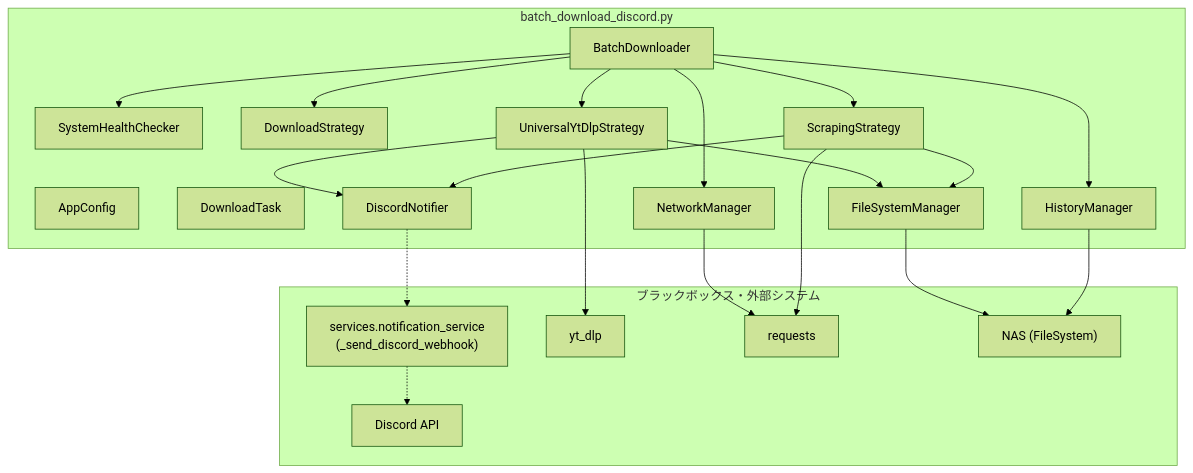
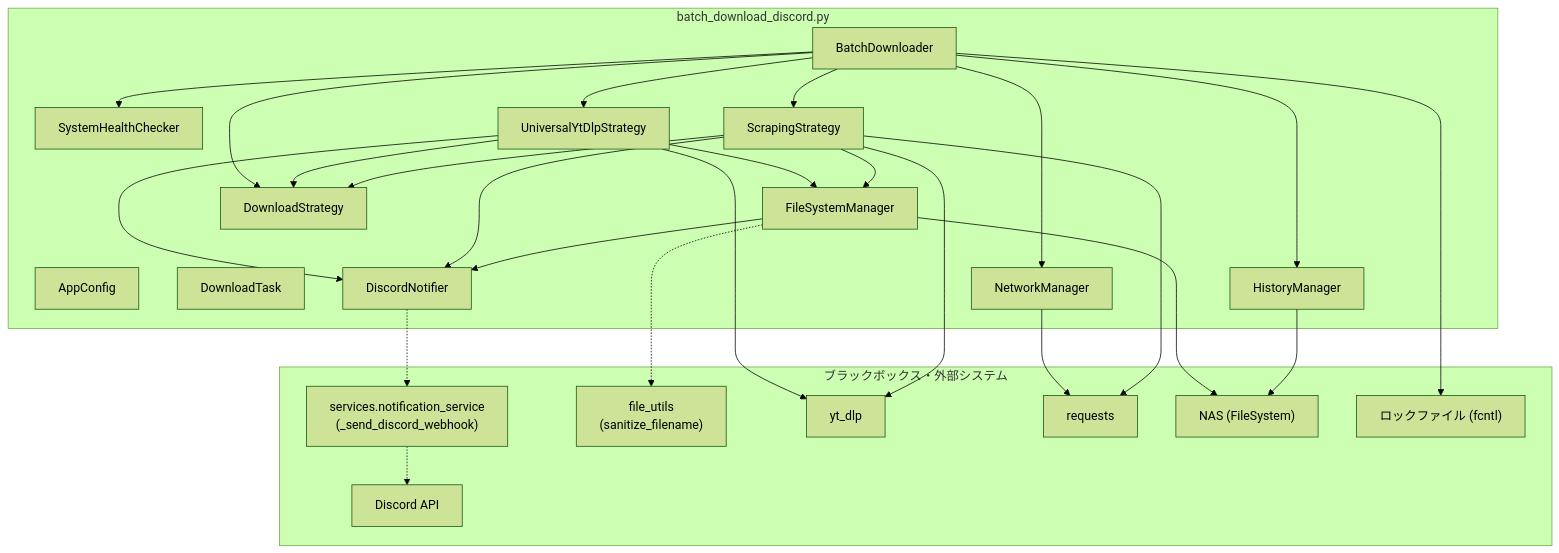
Before and after one commit to mmtigers/my_python_project: the second of 2 diagrams in docs/specifications/DDD/batch_download_discord.md, drawn with Mermaid (forest theme). The commit also changed other lines of this file, not shown here.

First line of the commit message:
docs: batch_download_discord.mdをコード現状に合わせて全面書き直し

````diff
--- a/docs/specifications/DDD/batch_download_discord.md
+++ b/docs/specifications/DDD/batch_download_discord.md
@@ -326,45 +586,53 @@
 ```mermaid
 flowchart TD
     subgraph SubBatchDownload["batch_download_discord.py"]
         AppConfig
         DownloadTask
         BatchDownloader
         DiscordNotifier
         HistoryManager
         NetworkManager
         FileSystemManager
         SystemHealthChecker
         DownloadStrategy
         UniversalYtDlpStrategy
         ScrapingStrategy
-        
+
         BatchDownloader --> SystemHealthChecker
         BatchDownloader --> NetworkManager
         BatchDownloader --> HistoryManager
         BatchDownloader --> DownloadStrategy
         BatchDownloader --> UniversalYtDlpStrategy
         BatchDownloader --> ScrapingStrategy
-        
+
+        UniversalYtDlpStrategy --> DownloadStrategy
+        ScrapingStrategy --> DownloadStrategy
         UniversalYtDlpStrategy --> FileSystemManager
         UniversalYtDlpStrategy --> DiscordNotifier
         ScrapingStrategy --> FileSystemManager
         ScrapingStrategy --> DiscordNotifier
+        FileSystemManager --> DiscordNotifier
     end
-    
+
     subgraph SubBlackBox["ブラックボックス・外部システム"]
         NotificationService["services.notification_service<br>(_send_discord_webhook)"]
+        FileUtils["file_utils<br>(sanitize_filename)"]
         YTDLP["yt_dlp"]
         Requests["requests"]
         NAS["NAS (FileSystem)"]
         DiscordAPI["Discord API"]
+        LockFile["ロックファイル (fcntl)"]
     end
-    
+
     DiscordNotifier -.-> NotificationService
     NotificationService -.-> DiscordAPI
+    FileSystemManager -.-> FileUtils
     UniversalYtDlpStrategy --> YTDLP
+    ScrapingStrategy --> YTDLP
     NetworkManager --> Requests
     ScrapingStrategy --> Requests
     FileSystemManager --> NAS
     HistoryManager --> NAS
+    BatchDownloader --> LockFile
 
 ```
````
